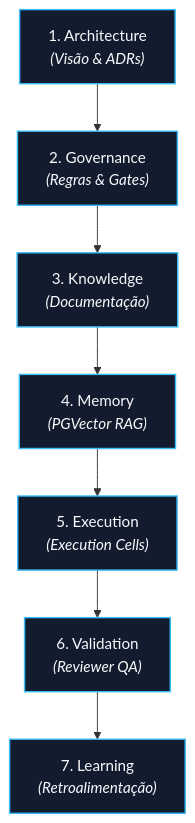
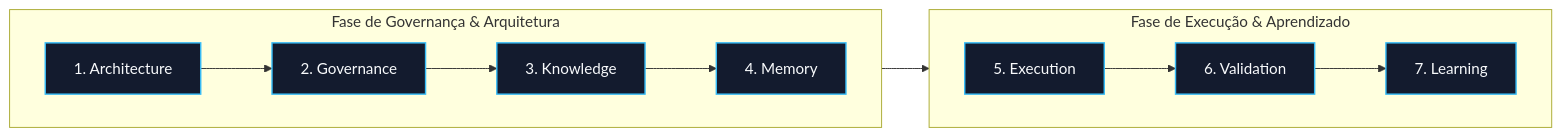
One commit to EnterDufter/PromptCoreLabs_AEOS changed the first of 5 diagrams in governance/operating-model.md. Above: the diagram before and after it, drawn with Mermaid. The commit also changed other lines of this file and 1 other file, not shown here.

Commit message:
fix(standardization): padroniza proporcao visual e tamanho de fontes de 100% dos diagramas (4-5 nos/linha, max-height 280px no PDF)

````diff
--- a/governance/operating-model.md
+++ b/governance/operating-model.md
@@ -50,11 +50,15 @@
 ```mermaid
-graph TD
+graph LR
     classDef step fill:#131b2e,stroke:#38bdf8,stroke-width:1.5px,color:#f8fafc;
     
-    A["1. Architecture<br/><i>(Visão & ADRs)</i>"]:::step --> B["2. Governance<br/><i>(Regras & Gates)</i>"]:::step
-    B --> C["3. Knowledge<br/><i>(Documentação)</i>"]:::step
-    C --> D["4. Memory<br/><i>(PGVector RAG)</i>"]:::step
-    D --> E["5. Execution<br/><i>(Execution Cells)</i>"]:::step
-    E --> F["6. Validation<br/><i>(Reviewer QA)</i>"]:::step
-    F --> G["7. Learning<br/><i>(Retroalimentação)</i>"]:::step
+    subgraph R1["Fase de Governança & Arquitetura"]
+        direction LR
+        A["1. Architecture"]:::step --> B["2. Governance"]:::step --> C["3. Knowledge"]:::step --> D["4. Memory"]:::step
+    end
+    subgraph R2["Fase de Execução & Aprendizado"]
+        direction LR
+        E["5. Execution"]:::step --> F["6. Validation"]:::step --> G["7. Learning"]:::step
+    end
+
+    R1 --> R2
 ```
````
